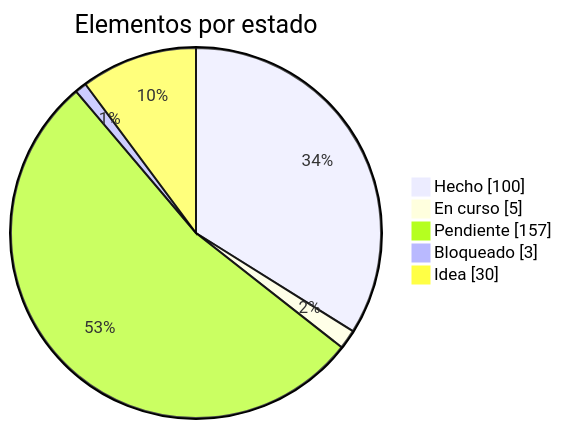
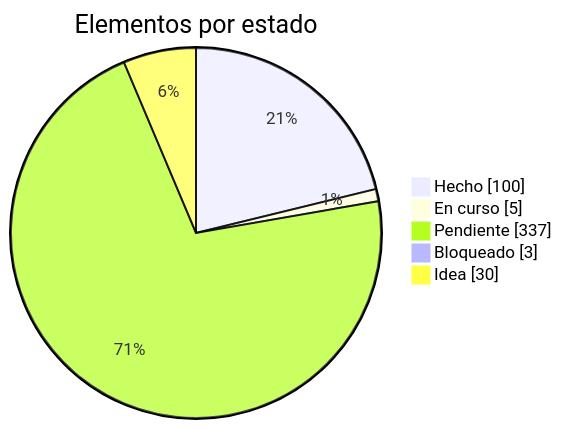
One commit to dariogea/BM27 changed the first of 2 diagrams in docs/roadmap.md. Above: the diagram before and after it, drawn with Mermaid. The commit also changed other lines of this file and 8 other files, not shown here.

Commit message:
Ampliar el roadmap y presentar BM27 con una portada editorial (#44)

````diff
--- a/docs/roadmap.md
+++ b/docs/roadmap.md
@@ -13,8 +13,8 @@
 ```mermaid
 pie showData title Elementos por estado
   "Hecho" : 100
   "En curso" : 5
-  "Pendiente" : 157
+  "Pendiente" : 337
   "Bloqueado" : 3
   "Idea" : 30
 ```
````
